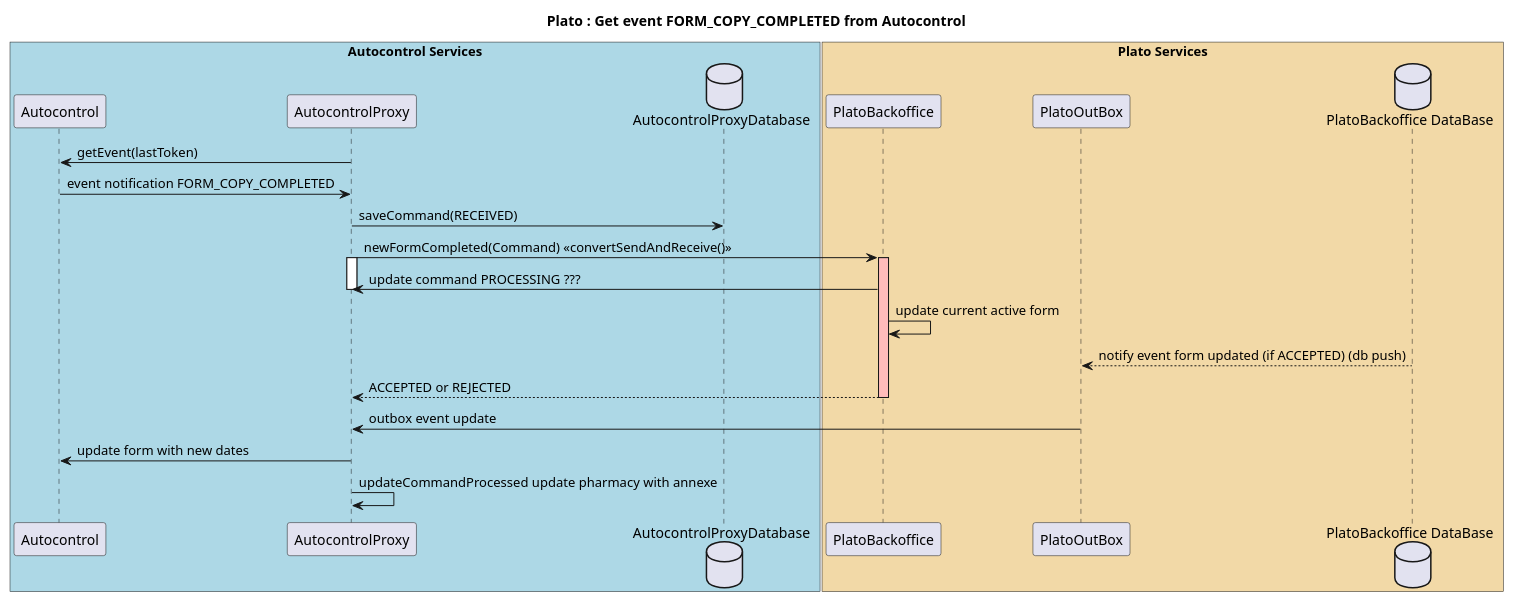
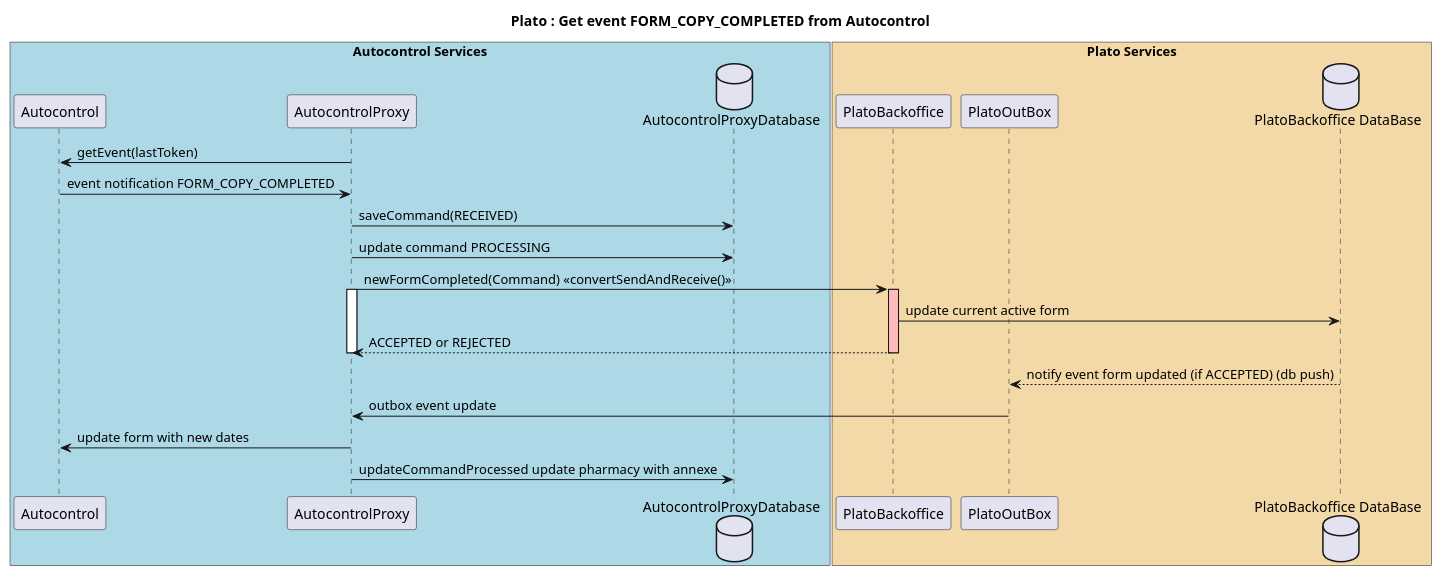
One commit to jv-it-io/archi-documentation changed the diagram in src/docs/asciidoc/architecture/plantuml/form_copy_completed_autocontrolToPlato.puml. Above: the diagram before and after it, drawn with PlantUML. The commit also changed 4 other files, not shown here.

Commit message:
update diagram

```diff
--- a/src/docs/asciidoc/architecture/plantuml/form_copy_completed_autocontrolToPlato.puml
+++ b/src/docs/asciidoc/architecture/plantuml/form_copy_completed_autocontrolToPlato.puml
@@ -1,39 +1,37 @@
 @startuml
 title Plato : Get event FORM_COPY_COMPLETED from Autocontrol
 
 box "Autocontrol Services" #LightBlue
 participant Autocontrol
 participant AutocontrolProxy
 database AutocontrolProxyDatabase
 end box
 
 box "Plato Services" #f2d9a7
 participant PlatoBackoffice
 participant PlatoOutBox
 database "PlatoBackoffice DataBase"
 end box
 Autocontrol <- AutocontrolProxy: getEvent(lastToken)
 Autocontrol -> AutocontrolProxy: event notification FORM_COPY_COMPLETED
 AutocontrolProxy -> AutocontrolProxyDatabase: saveCommand(RECEIVED)
 
-
+AutocontrolProxy -> AutocontrolProxyDatabase: update command PROCESSING
 AutocontrolProxy -> PlatoBackoffice: newFormCompleted(Command) <<convertSendAndReceive()>>
 activate AutocontrolProxy
     activate PlatoBackoffice #FFBBBB
-    PlatoBackoffice -> AutocontrolProxy: update command PROCESSING ???
 
-deactivate AutocontrolProxy
-
-    PlatoBackoffice -> PlatoBackoffice: update current active form
-    PlatoOutBox <-- "PlatoBackoffice DataBase" : notify event form updated (if ACCEPTED) (db push)
+    PlatoBackoffice -> "PlatoBackoffice DataBase": update current active form
     return ACCEPTED or REJECTED
     deactivate PlatoBackoffice
+deactivate AutocontrolProxy
+    PlatoOutBox <-- "PlatoBackoffice DataBase" : notify event form updated (if ACCEPTED) (db push)
 
 PlatoOutBox -> AutocontrolProxy: outbox event update
 
 AutocontrolProxy -> Autocontrol: update form with new dates
 
-AutocontrolProxy -> AutocontrolProxy : updateCommandProcessed update pharmacy with annexe
+AutocontrolProxy -> AutocontrolProxyDatabase : updateCommandProcessed update pharmacy with annexe
 
 
 @enduml
```
